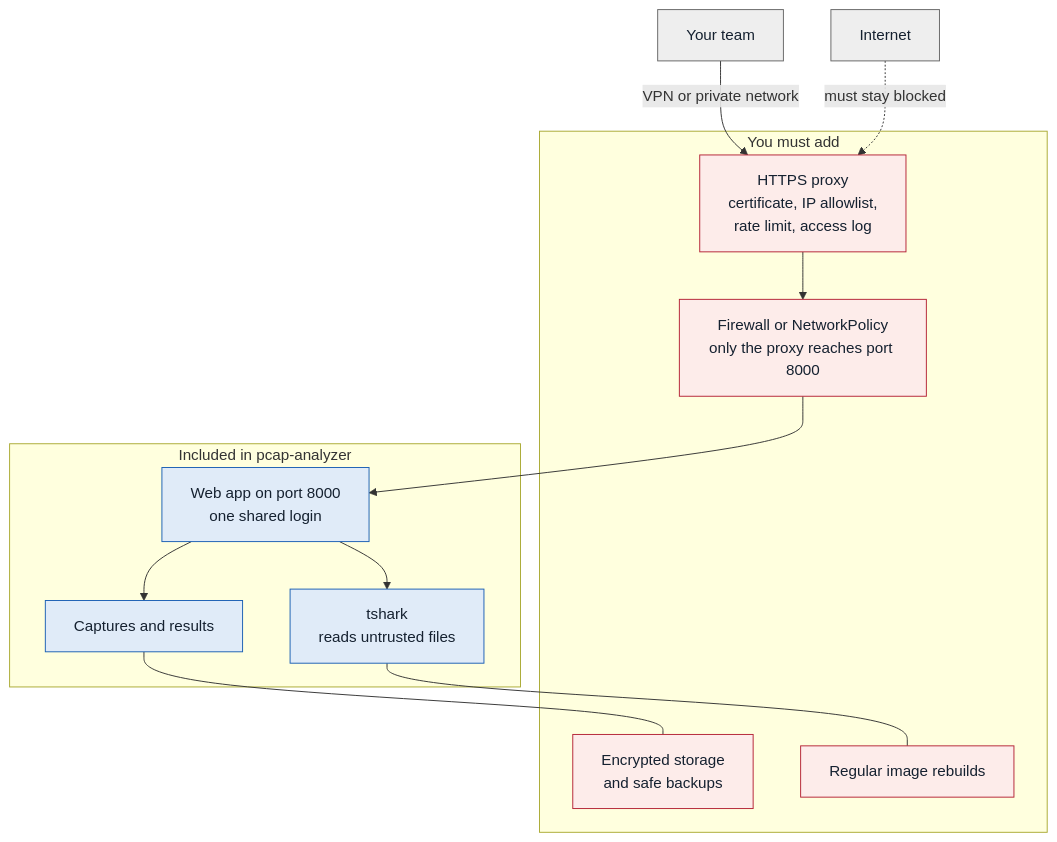
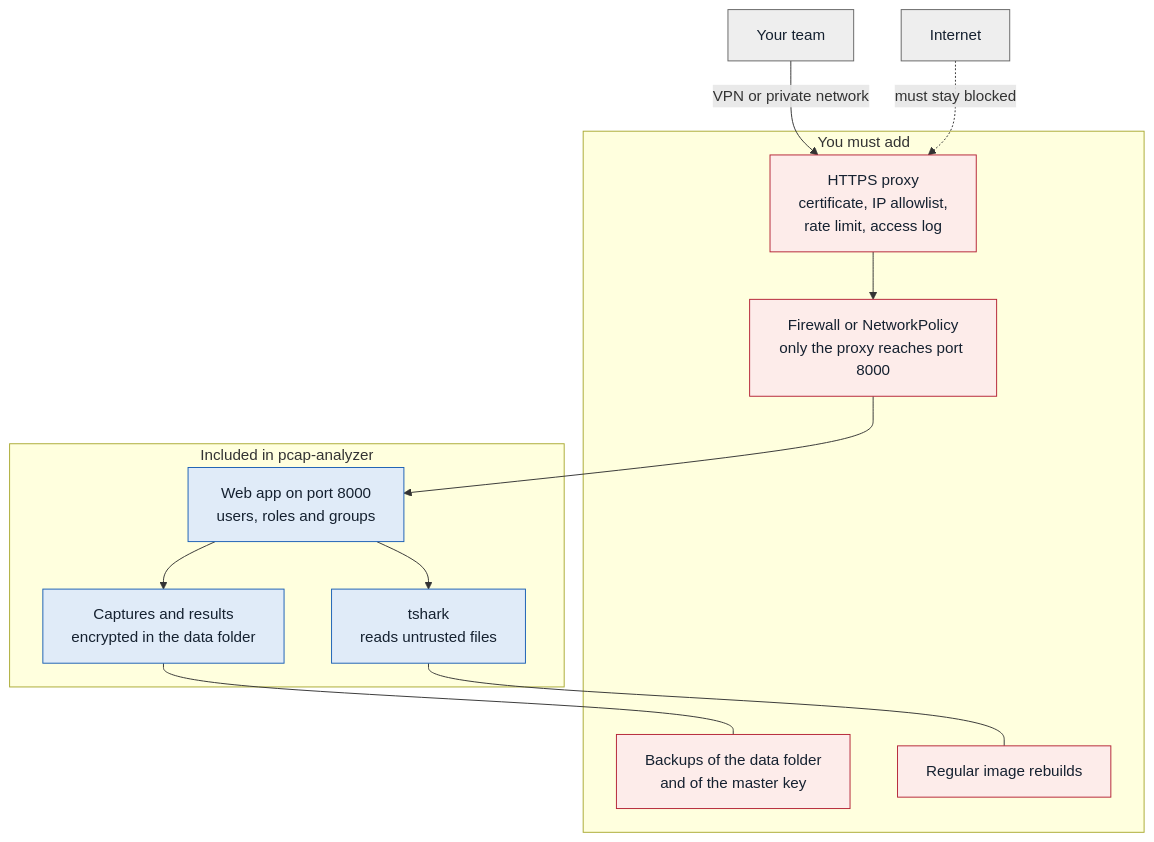
The diagram in README.md (maerdogan/pcap-analyzer-py-k8s), drawn with Mermaid before and after one commit. The commit also changed other lines of this file and 79 other files, not shown here.

First line of the commit message:
Gateway and NetScaler diagnostics, users, groups, LDAP and encryption at rest from pcap-analyzer-py

````diff
--- a/README.md
+++ b/README.md
@@ -86,31 +88,31 @@
 ```mermaid
 flowchart TD
     team["Your team"] -->|"VPN or private network"| proxy
     internet["Internet"] -. "must stay blocked" .-> proxy
 
     subgraph add["You must add"]
         proxy["HTTPS proxy<br/>certificate, IP allowlist,<br/>rate limit, access log"]
         firewall["Firewall or NetworkPolicy<br/>only the proxy reaches port 8000"]
-        disk["Encrypted storage<br/>and safe backups"]
+        disk["Backups of the data folder<br/>and of the master key"]
         limits["Regular image rebuilds"]
     end
 
     subgraph has["Included in pcap-analyzer"]
-        app["Web app on port 8000<br/>one shared login"]
+        app["Web app on port 8000<br/>users, roles and groups"]
         tshark["tshark<br/>reads untrusted files"]
-        data["Captures and results"]
+        data["Captures and results<br/>encrypted in the data folder"]
     end
 
     proxy --> firewall --> app
     app --> tshark
     app --> data
     data --- disk
     tshark --- limits
 
     classDef must fill:#fdecea,stroke:#b42335,color:#152130
     classDef have fill:#e0ebf8,stroke:#1a5fb4,color:#152130
     classDef outside fill:#eeeeee,stroke:#666666,color:#152130
     class proxy,firewall,disk,limits must
     class app,tshark,data have
     class team,internet outside
 ```
````
